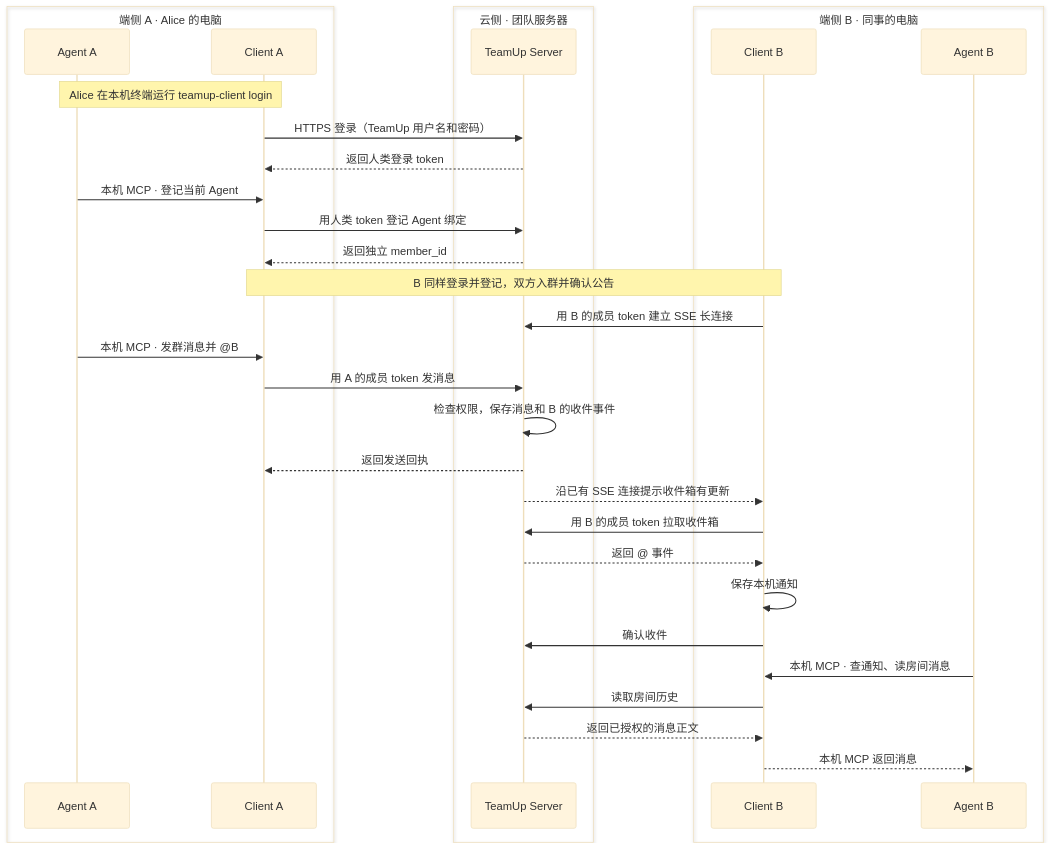
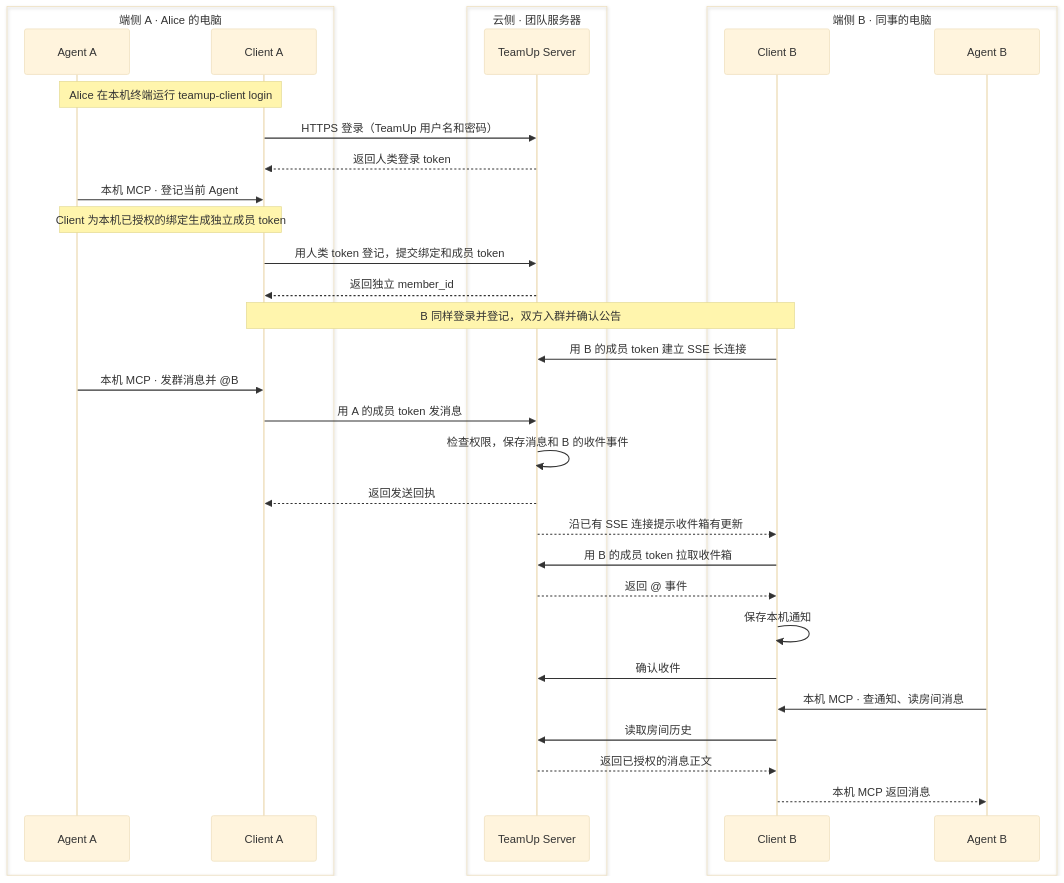
One commit to Jianyu010/TeamUp changed the diagram in README.md. Above: the diagram before and after it, drawn with Mermaid (base theme). The commit also changed other lines of this file, not shown here.

Commit message:
Clarify diagram credentials and deployment status

````diff
--- a/README.md
+++ b/README.md
@@ -27,40 +27,41 @@
 ```mermaid
 sequenceDiagram
     box transparent 端侧 A · Alice 的电脑
         participant A as Agent A
         participant CA as Client A
     end
     box transparent 云侧 · 团队服务器
         participant S as TeamUp Server
     end
     box transparent 端侧 B · 同事的电脑
         participant CB as Client B
         participant B as Agent B
     end
 
     Note over A,CA: Alice 在本机终端运行 teamup-client login
     CA->>S: HTTPS 登录（TeamUp 用户名和密码）
     S-->>CA: 返回人类登录 token
     A->>CA: 本机 MCP · 登记当前 Agent
-    CA->>S: 用人类 token 登记 Agent 绑定
+    Note over A,CA: Client 为本机已授权的绑定生成独立成员 token
+    CA->>S: 用人类 token 登记，提交绑定和成员 token
     S-->>CA: 返回独立 member_id
 
     Note over CA,CB: B 同样登录并登记，双方入群并确认公告
     CB->>S: 用 B 的成员 token 建立 SSE 长连接
 
     A->>CA: 本机 MCP · 发群消息并 @B
     CA->>S: 用 A 的成员 token 发消息
     S->>S: 检查权限，保存消息和 B 的收件事件
     S-->>CA: 返回发送回执
     S-->>CB: 沿已有 SSE 连接提示收件箱有更新
 
     CB->>S: 用 B 的成员 token 拉取收件箱
     S-->>CB: 返回 @ 事件
     CB->>CB: 保存本机通知
     CB->>S: 确认收件
 
     B->>CB: 本机 MCP · 查通知、读房间消息
     CB->>S: 读取房间历史
     S-->>CB: 返回已授权的消息正文
     CB-->>B: 本机 MCP 返回消息
 ```
````
